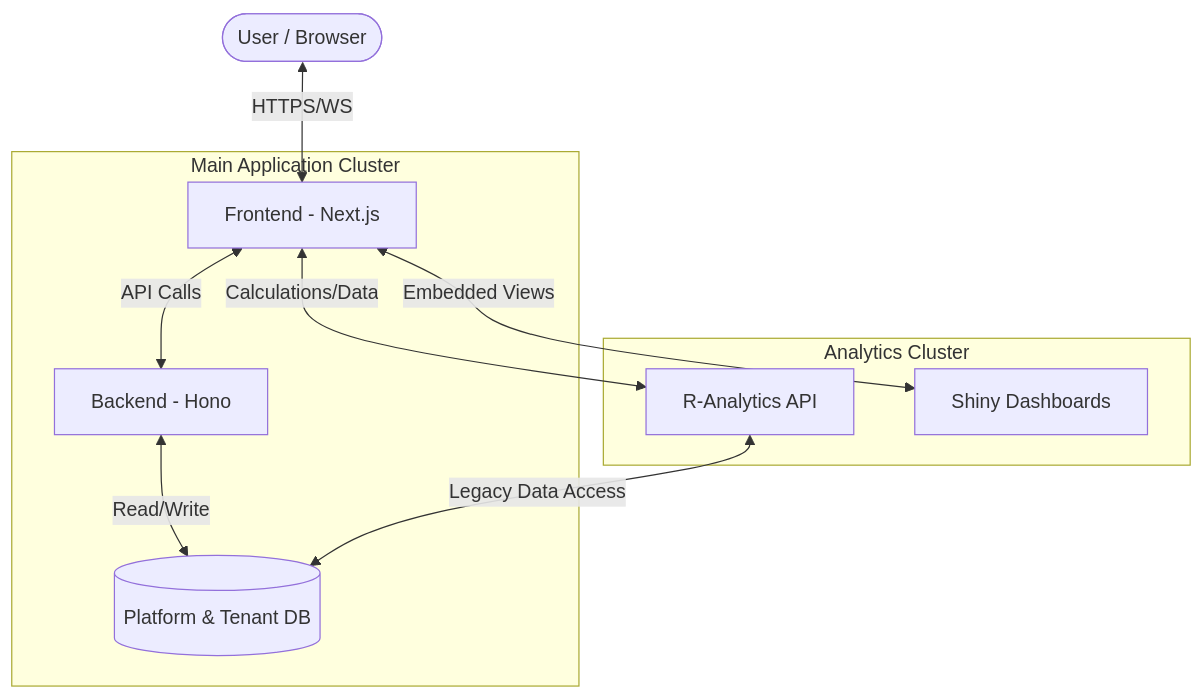
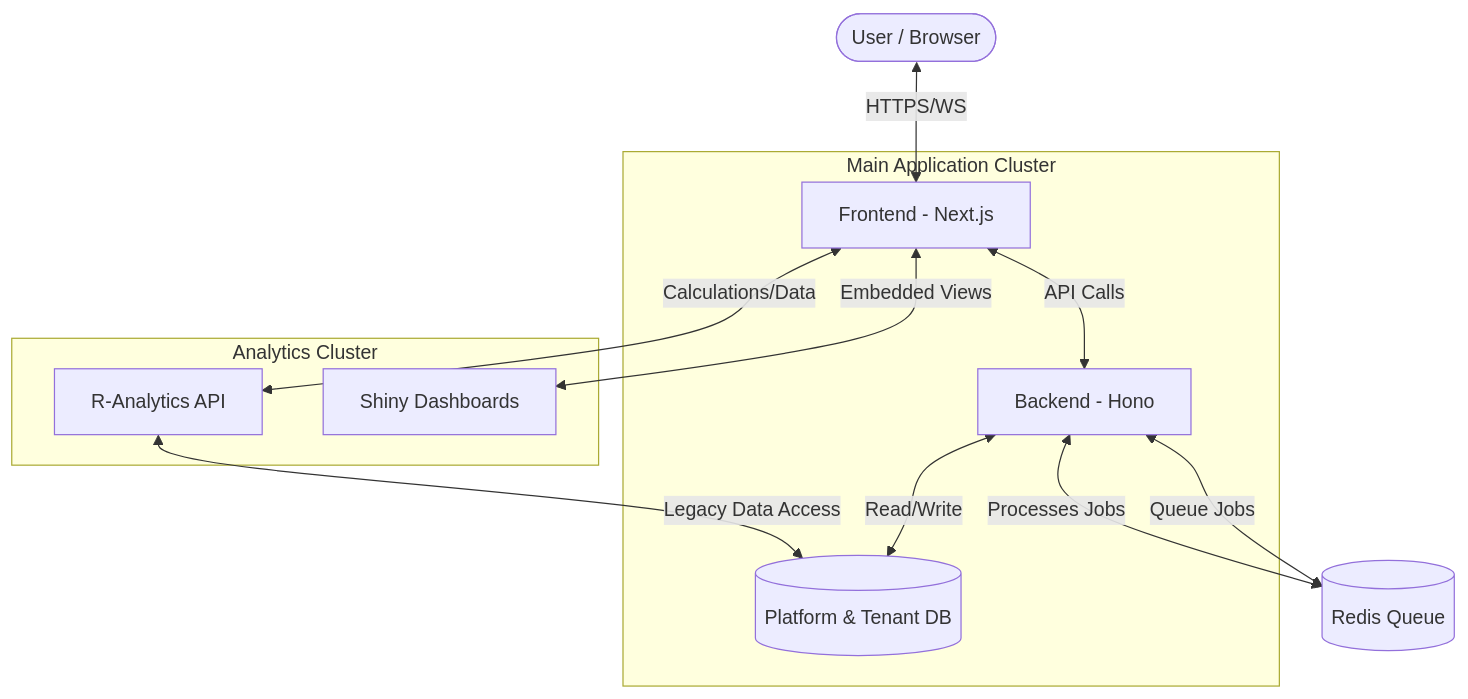
One commit to imranalwi01-afk/RISTIX changed the first of 2 diagrams in packages/docs/docs/system-architecture.md. Above: the diagram before and after it, drawn with Mermaid. The commit also changed other lines of this file and 747 other files, not shown here.

````diff
--- a/packages/docs/docs/system-architecture.md
+++ b/packages/docs/docs/system-architecture.md
@@ -21,22 +21,24 @@
 ```mermaid
 graph TD
     User([User / Browser])
     
     subgraph "Main Application Cluster"
         FE[Frontend - Next.js]
         BE[Backend - Hono]
         DB[(Platform & Tenant DB)]
     end
     
     subgraph "Analytics Cluster"
         RAPI[R-Analytics API]
         RS[Shiny Dashboards]
     end
 
     User <-->|HTTPS/WS| FE
     FE <-->|API Calls| BE
     BE <-->|Read/Write| DB
+    BE <-->|Queue Jobs| R[(Redis Queue)]
     FE <-->|Calculations/Data| RAPI
     FE <-->|Embedded Views| RS
     RAPI <-->|Legacy Data Access| DB
+    R <-->|Processes Jobs| BE
 ```
````
